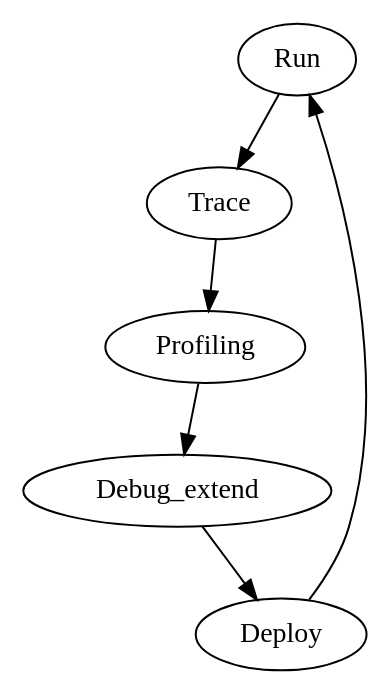
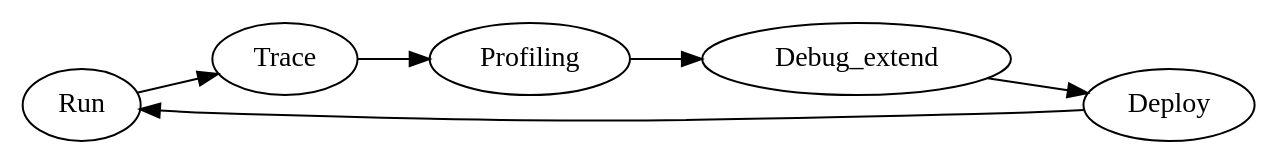
One commit to gwli/Programming changed the diagram in source/content/Stage_2/Overall.rst. Above: the diagram before and after it, drawn with Graphviz. The commit also changed other lines of this file and 3 other files, not shown here.

```diff
--- a/source/content/Stage_2/Overall.rst
+++ b/source/content/Stage_2/Overall.rst
@@ -5,5 +9,6 @@
 .. graphviz::
  
    digraph G {
-        Run->Trace->Profiling->Debug_extend->Deploy->Run;
+      rankdir="LR";
+      Run->Trace->Profiling->Debug_extend->Deploy->Run;
    }
```
